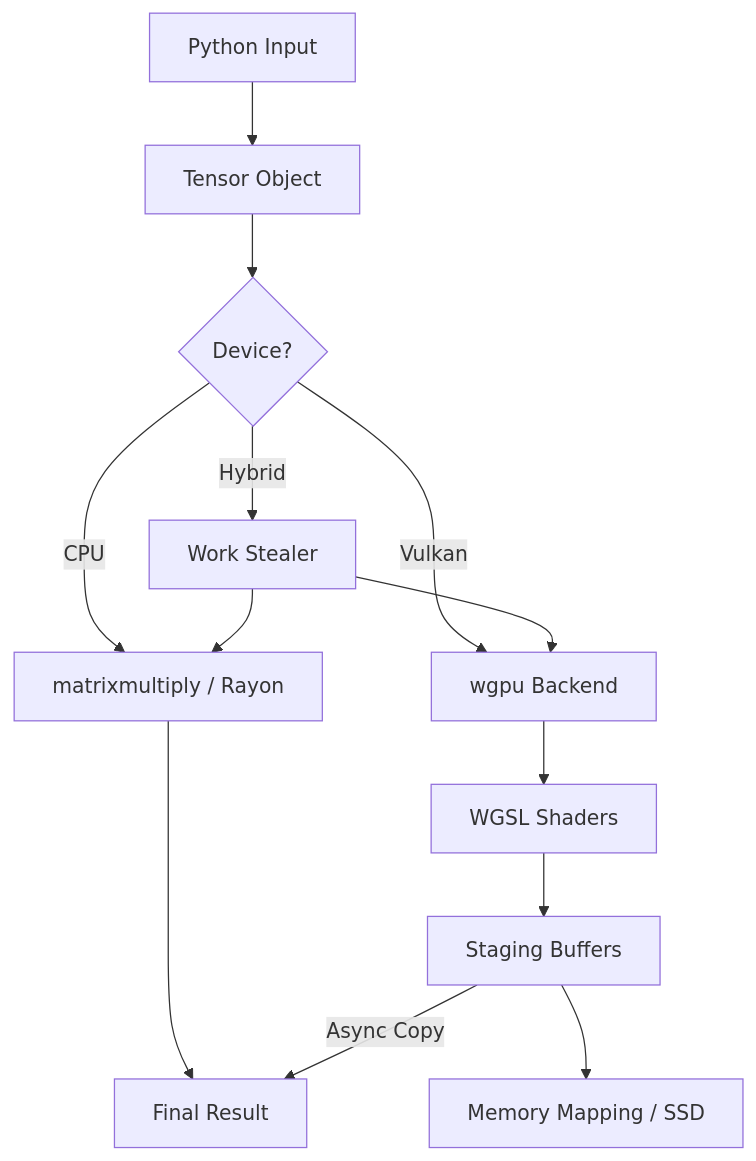
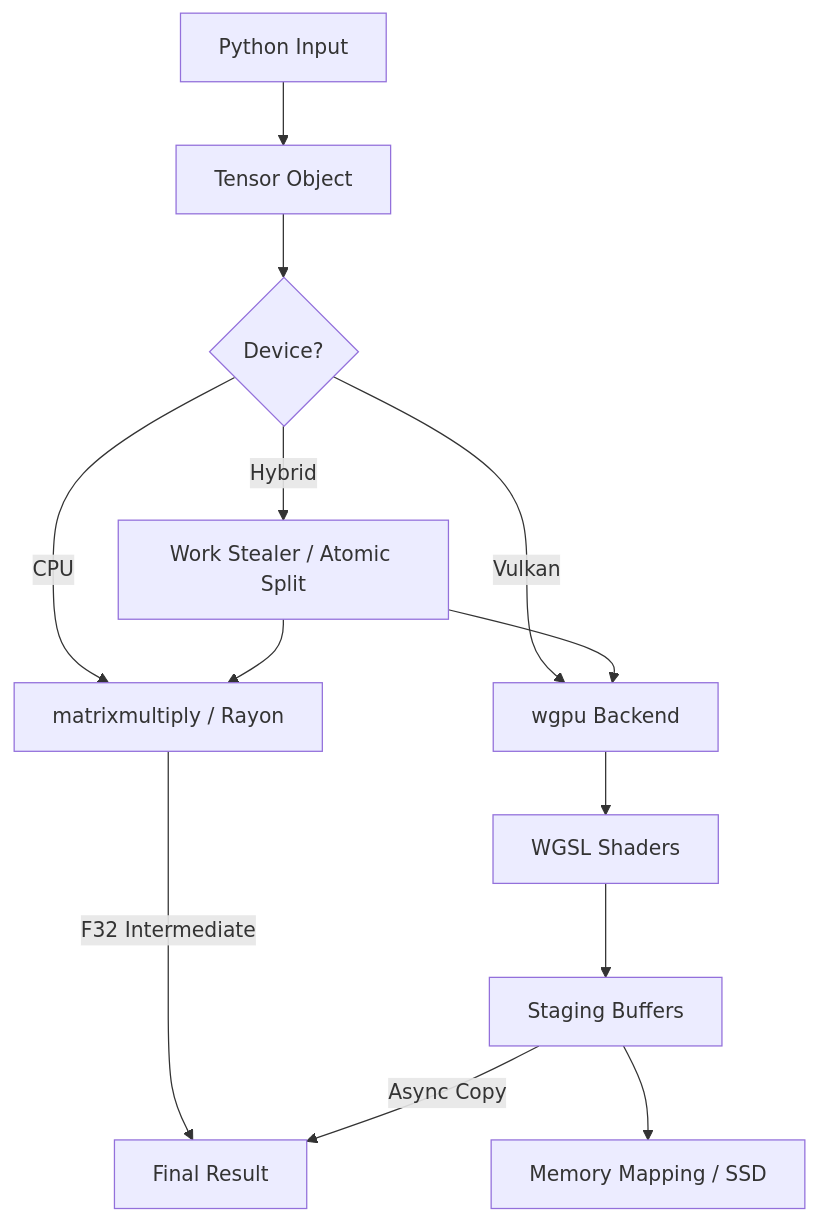
One commit to slavek-is-hyperreal/OxTorch changed the diagram in docs/architecture.md. Above: the diagram before and after it, drawn with Mermaid. The commit also changed other lines of this file and 11 other files, not shown here.

````diff
--- a/docs/architecture.md
+++ b/docs/architecture.md
@@ -50,15 +49,15 @@
 ```mermaid
 graph TD
     A[Python Input] --> B[Tensor Object]
     B --> C{Device?}
     C -- CPU --> D[matrixmultiply / Rayon]
     C -- Vulkan --> E[wgpu Backend]
-    C -- Hybrid --> F[Work Stealer]
+    C -- Hybrid --> F[Work Stealer / Atomic Split]
     F --> D
     F --> E
     E --> G[WGSL Shaders]
     G --> H[Staging Buffers]
     H --> I[Memory Mapping / SSD]
-    D --> J[Final Result]
+    D -- F32 Intermediate --> J[Final Result]
     H -- Async Copy --> J
 ```
````
